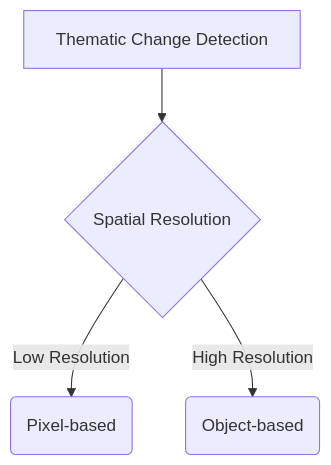
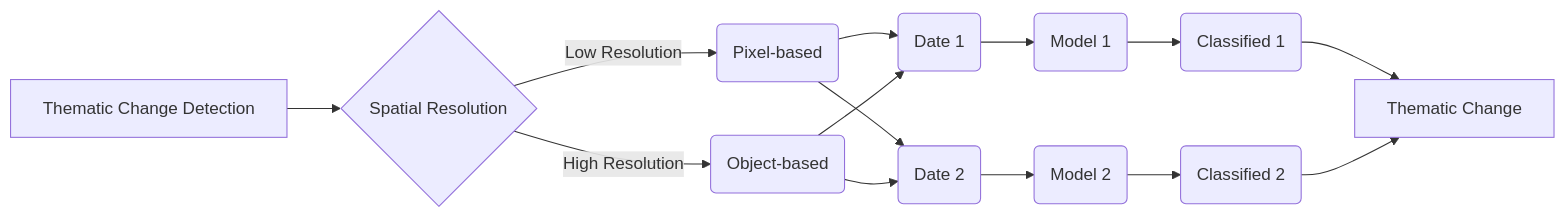
The diagram in course/topics/topic_6_change_detection/lectures/lecture_6a.qmd (ncsu-geoforall-lab/gis-584-uas-course), drawn with Mermaid before and after one commit. The commit also changed other lines of this file and 10 other files, not shown here.

````diff
--- a/course/topics/topic_6_change_detection/lectures/lecture_6a.qmd
+++ b/course/topics/topic_6_change_detection/lectures/lecture_6a.qmd
@@ -198,6 +220,16 @@
 ```{mermaid}
-flowchart TB
+flowchart LR
   A[Thematic Change Detection] --> B{Spatial Resolution}
   B -- Low Resolution --> C(Pixel-based)
   B -- High Resolution --> D(Object-based)
+  C --> I1(Date 1)
+  C --> I2(Date 2)
+  D --> I1
+  D --> I2
+  I1 --> M1(Model 1)
+  I2 --> M2(Model 2)
+  M1 --> C1(Classified 1)
+  M2 --> C2(Classified 2)
+  C1 --> T[Thematic Change]
+  C2 --> T
 ```
````
